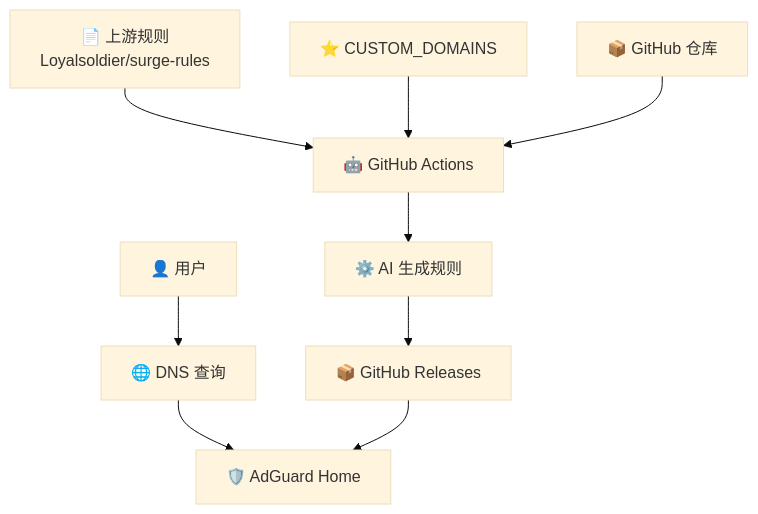
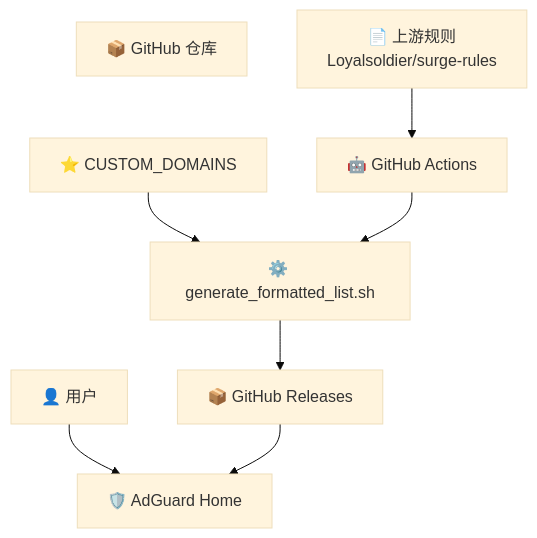
The first of 3 diagrams in README.md (LianXia233/adguard-china-dns), drawn with Mermaid (base theme) before and after one commit. The commit also changed other lines of this file, not shown here.

````diff
--- a/README.md
+++ b/README.md
@@ -49,21 +51,18 @@
 ```mermaid
 flowchart TB
     User["👤 用户"]
     Repo["📦 GitHub 仓库"]
     Workflow["🤖 GitHub Actions"]
     Source["📄 上游规则<br/>Loyalsoldier/surge-rules"]
     Custom["⭐ CUSTOM_DOMAINS"]
-    Generator["⚙️ AI 生成规则"]
+    Script["⚙️ generate_formatted_list.sh"]
     Release["📦 GitHub Releases"]
     AdGuard["🛡️ AdGuard Home"]
-    DNS["🌐 DNS 查询"]
 
-    User --> DNS
-    DNS --> AdGuard
+    User --> AdGuard
     Source --> Workflow
-    Custom --> Workflow
-    Workflow --> Generator
-    Generator --> Release
+    Custom --> Script
+    Workflow --> Script
+    Script --> Release
     Release --> AdGuard
-    Repo --> Workflow
 ```
````
